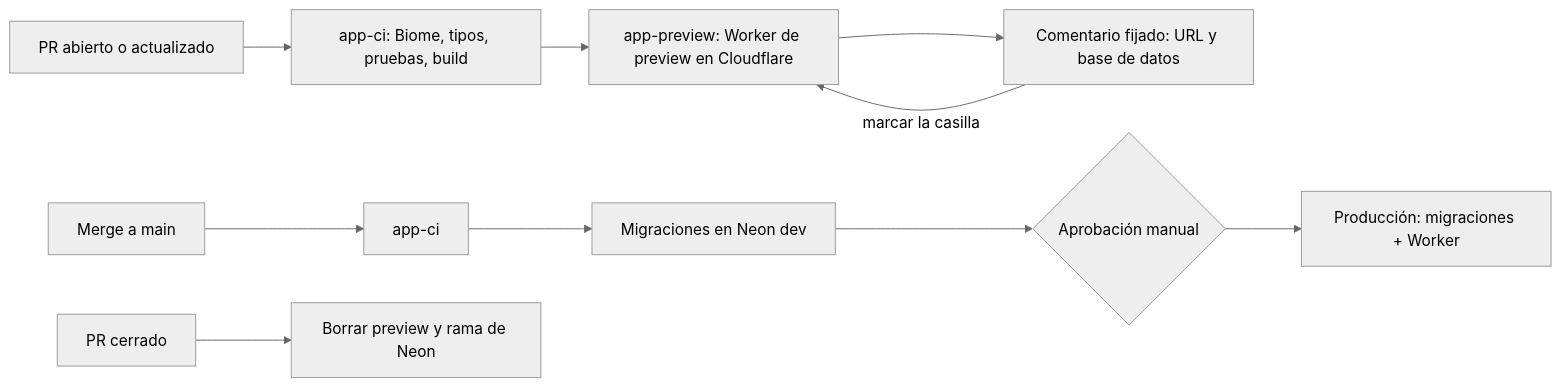
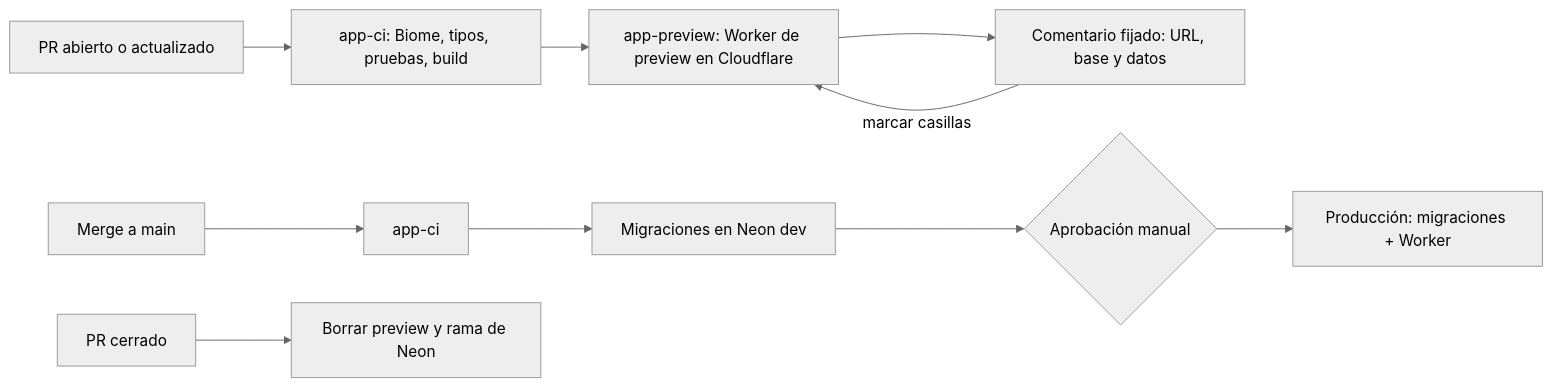
Before and after one commit to EKOU-Solutions/EKOU-Elephants: the diagram in docs/ci-cd.md, drawn with Mermaid (neutral theme). The commit also changed other lines of this file and 14 other files, not shown here.

````diff
--- a/docs/ci-cd.md
+++ b/docs/ci-cd.md
@@ -7,9 +7,9 @@
 ```mermaid
 flowchart LR
   pr[PR abierto o actualizado] --> ci[app-ci: Biome, tipos, pruebas, build]
   ci --> prev[app-preview: Worker de preview en Cloudflare]
-  prev --> com[Comentario fijado: URL y base de datos]
-  com -- marcar la casilla --> prev
+  prev --> com[Comentario fijado: URL, base y datos]
+  com -- marcar casillas --> prev
   merge[Merge a main] --> ci2[app-ci] --> dev[Migraciones en Neon dev] --> aprob{Aprobación manual} --> prod[Producción: migraciones + Worker]
   cerrar[PR cerrado] --> limpiar[Borrar preview y rama de Neon]
 ```
````
